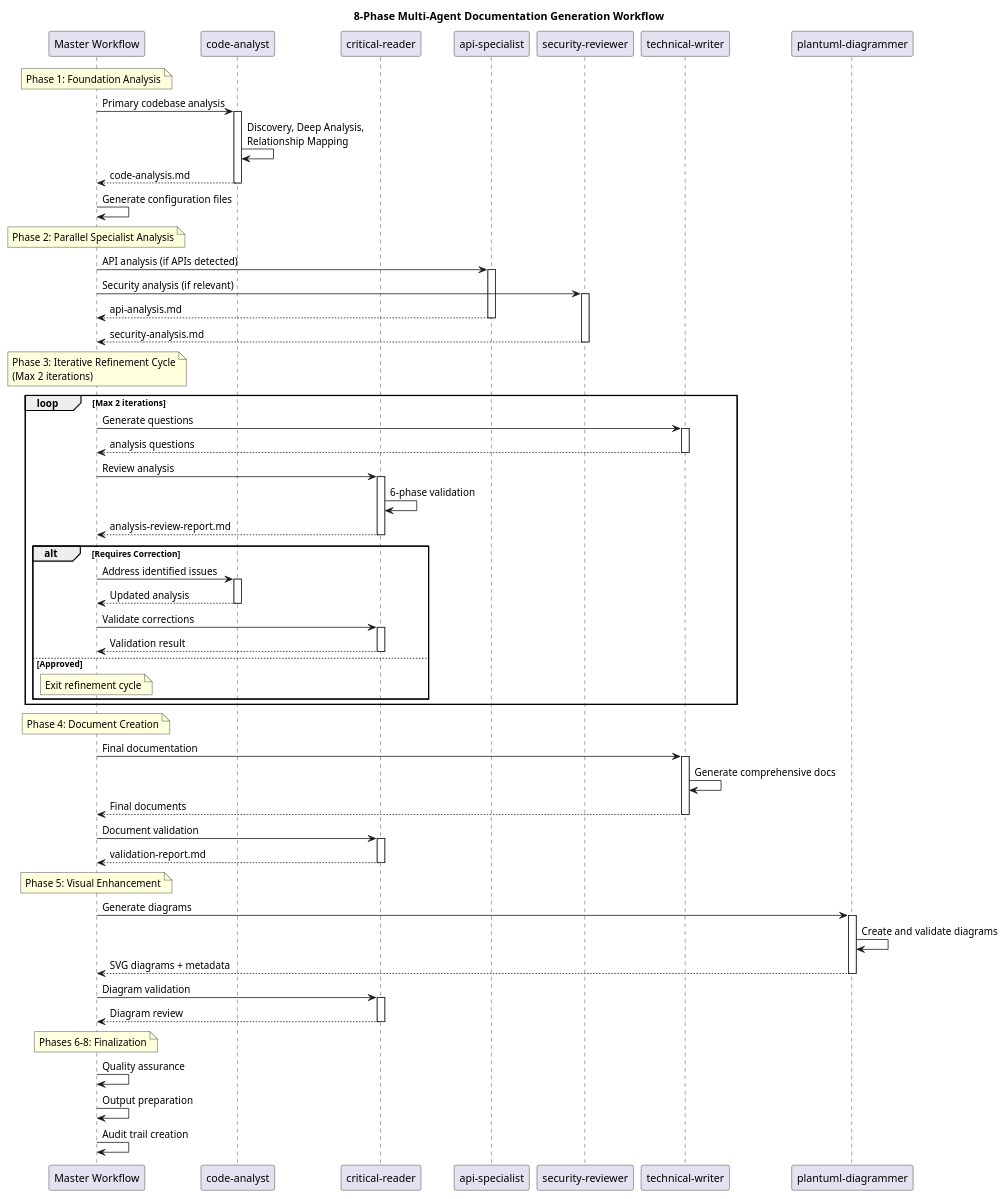
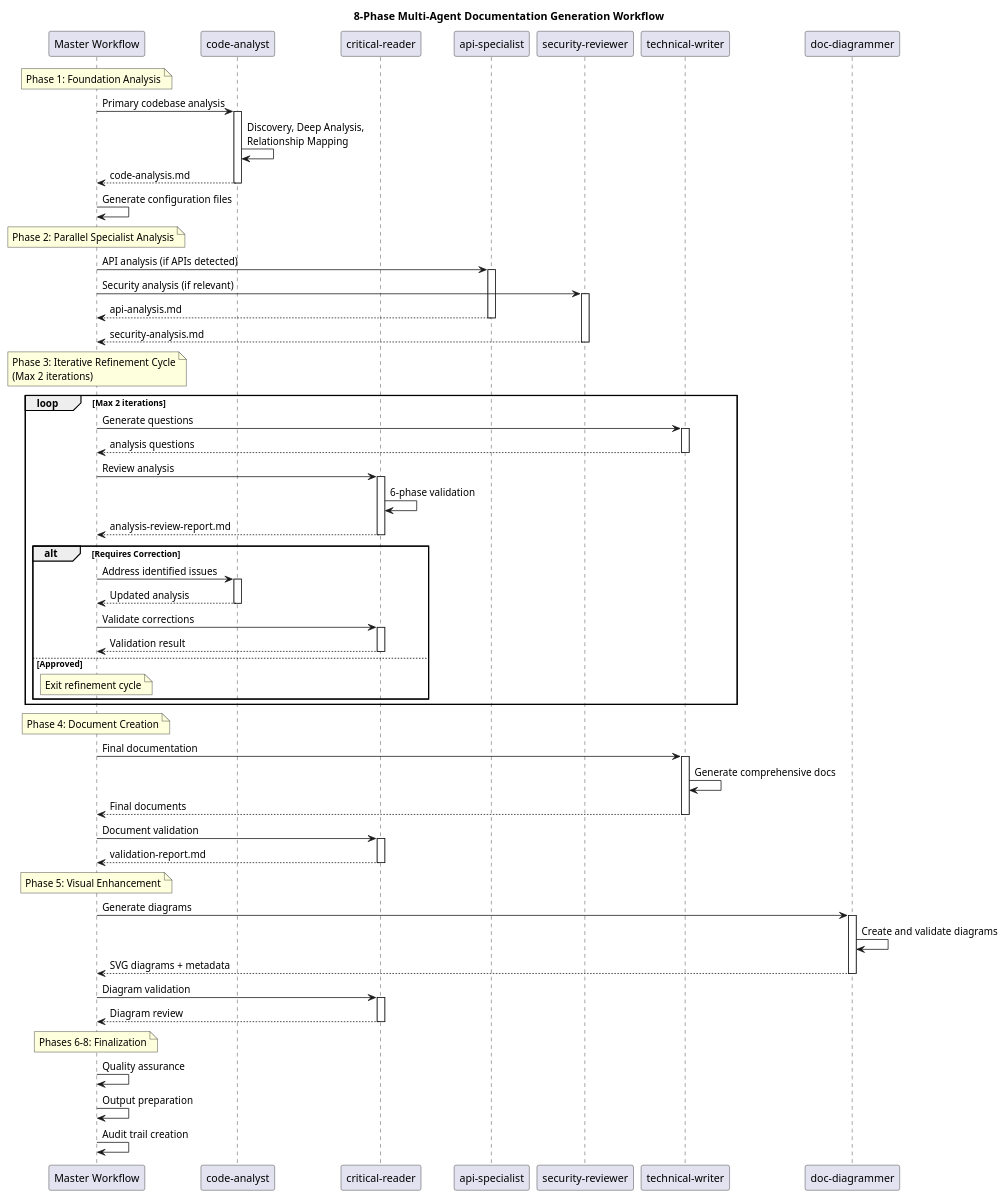
Before and after one commit to ssmirnovpro/claude-code-documentation-crew: the diagram in docs/assets/agent-workflow-sequence.puml, drawn with PlantUML. The commit also changed 14 other files, not shown here.

Commit message:
diagrammer renamed

```diff
--- a/docs/assets/agent-workflow-sequence.puml
+++ b/docs/assets/agent-workflow-sequence.puml
@@ -1,89 +1,89 @@
 @startuml
 title 8-Phase Multi-Agent Documentation Generation Workflow
 
 participant "Master Workflow" as Master
 participant "code-analyst" as CodeAnalyst
 participant "critical-reader" as CriticalReader
 participant "api-specialist" as ApiSpecialist
 participant "security-reviewer" as SecurityReviewer
 participant "technical-writer" as TechnicalWriter
-participant "plantuml-diagrammer" as PlantUMLDiagrammer
+participant "doc-diagrammer" as DocDiagrammer
 
 note over Master : Phase 1: Foundation Analysis
 Master -> CodeAnalyst : Primary codebase analysis
 activate CodeAnalyst
 CodeAnalyst -> CodeAnalyst : Discovery, Deep Analysis,\nRelationship Mapping
 CodeAnalyst --> Master : code-analysis.md
 deactivate CodeAnalyst
 
 Master -> Master : Generate configuration files
 
 note over Master : Phase 2: Parallel Specialist Analysis
 Master -> ApiSpecialist : API analysis (if APIs detected)
 activate ApiSpecialist
 Master -> SecurityReviewer : Security analysis (if relevant)
 activate SecurityReviewer
 
 ApiSpecialist --> Master : api-analysis.md
 deactivate ApiSpecialist
 SecurityReviewer --> Master : security-analysis.md
 deactivate SecurityReviewer
 
 note over Master : Phase 3: Iterative Refinement Cycle\n(Max 2 iterations)
 loop Max 2 iterations
     Master -> TechnicalWriter : Generate questions
     activate TechnicalWriter
     TechnicalWriter --> Master : analysis questions
     deactivate TechnicalWriter
     
     Master -> CriticalReader : Review analysis
     activate CriticalReader
     CriticalReader -> CriticalReader : 6-phase validation
     CriticalReader --> Master : analysis-review-report.md
     deactivate CriticalReader
     
     alt Requires Correction
         Master -> CodeAnalyst : Address identified issues
         activate CodeAnalyst
         CodeAnalyst --> Master : Updated analysis
         deactivate CodeAnalyst
         
         Master -> CriticalReader : Validate corrections
         activate CriticalReader
         CriticalReader --> Master : Validation result
         deactivate CriticalReader
     else Approved
         note over Master : Exit refinement cycle
     end
 end
 
 note over Master : Phase 4: Document Creation
 Master -> TechnicalWriter : Final documentation
 activate TechnicalWriter
 TechnicalWriter -> TechnicalWriter : Generate comprehensive docs
 TechnicalWriter --> Master : Final documents
 deactivate TechnicalWriter
 
 Master -> CriticalReader : Document validation
 activate CriticalReader
 CriticalReader --> Master : validation-report.md
 deactivate CriticalReader
 
 note over Master : Phase 5: Visual Enhancement
-Master -> PlantUMLDiagrammer : Generate diagrams
-activate PlantUMLDiagrammer
-PlantUMLDiagrammer -> PlantUMLDiagrammer : Create and validate diagrams
-PlantUMLDiagrammer --> Master : SVG diagrams + metadata
-deactivate PlantUMLDiagrammer
+Master -> DocDiagrammer : Generate diagrams
+activate DocDiagrammer
+DocDiagrammer -> DocDiagrammer : Create and validate diagrams
+DocDiagrammer --> Master : SVG diagrams + metadata
+deactivate DocDiagrammer
 
 Master -> CriticalReader : Diagram validation
 activate CriticalReader
 CriticalReader --> Master : Diagram review
 deactivate CriticalReader
 
 note over Master : Phases 6-8: Finalization
 Master -> Master : Quality assurance
 Master -> Master : Output preparation
 Master -> Master : Audit trail creation
 
 @enduml
```
